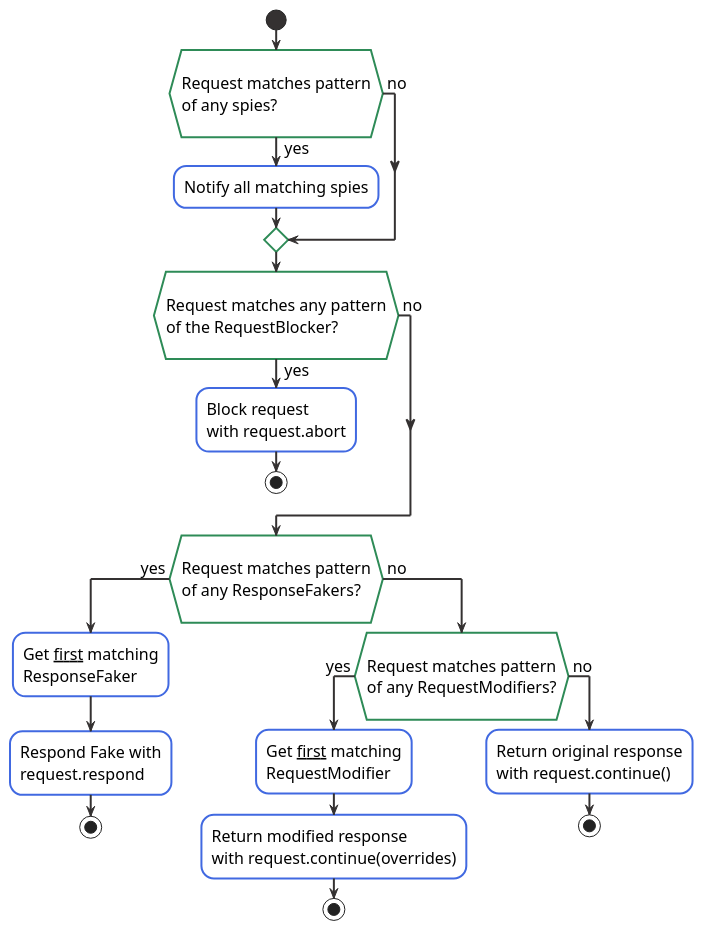
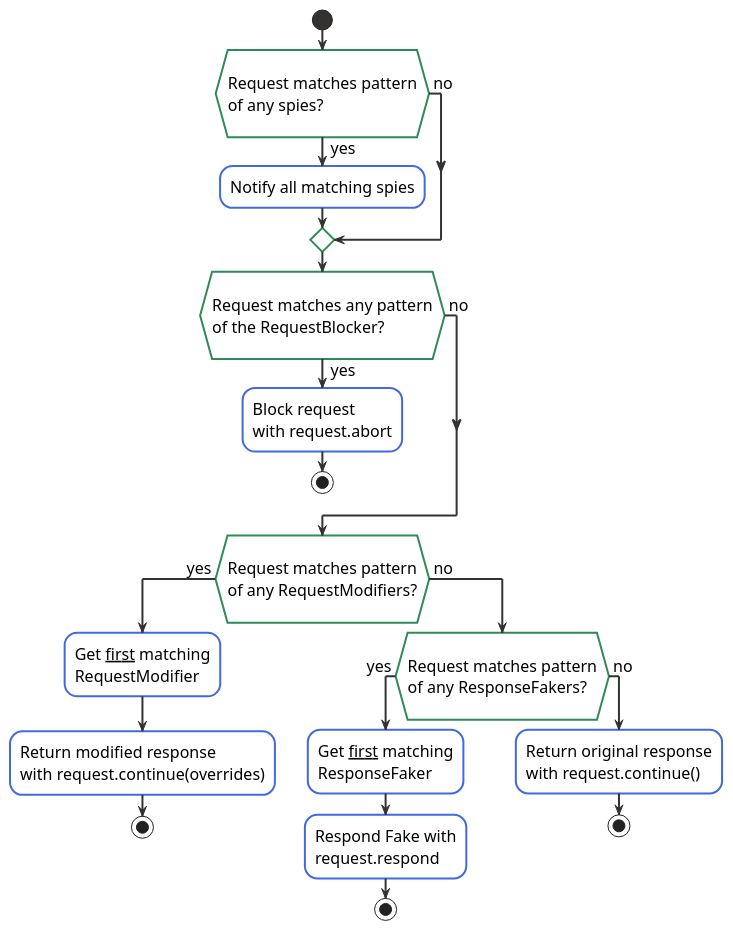
One commit to Tabueeee/puppeteer-request-spy changed the diagram in documentation/activity.iuml. Above: the diagram before and after it, drawn with PlantUML. The commit also changed 16 other files, not shown here.

```diff
--- a/documentation/activity.iuml
+++ b/documentation/activity.iuml
@@ -1,57 +1,60 @@
 @startuml
 skinparam shadowing false
 
 skinparam activity {
    DiamondFontSize 16
    FontSize 16
    BorderThickness 2
 
    FontColor black
    DiamondFontColor black
    BackgroundColor white
    DiamondBackgroundColor white
    BorderColor RoyalBlue
    DiamondBorderColor Seagreen
 
    StartColor 343131
    EndColor 343131
 }
 
 skinparam arrow {
     color 343131
     fontColor black
     FontSize 16
 }
 
 start
 
 if (\nRequest matches pattern\nof any spies?\n) then ( yes )
   :Notify all matching spies;
 else ( no )
 endif
 
 
 if (\nRequest matches any pattern\nof the RequestBlocker?\n) then ( no )
 
 else ( yes )
   :Block request\nwith request.abort;
   stop
 
 endif
 
-if (\nRequest matches pattern\nof any ResponseFakers?\n) then ( yes )
-  :Get __first__ matching\nResponseFaker;
-  :Respond Fake with\nrequest.respond;
-  stop
+
+if (\nRequest matches pattern\nof any RequestModifiers?\n) then ( yes )
+    :Get __first__ matching\nRequestModifier;
+    :Return modified response\nwith request.continue(overrides);
+    stop
 else ( no )
-    if (\nRequest matches pattern\nof any RequestModifiers?\n) then ( yes )
-        :Get __first__ matching\nRequestModifier;
-        :Return modified response\nwith request.continue(overrides);
-        stop
+    if (\nRequest matches pattern\nof any ResponseFakers?\n) then ( yes )
+      :Get __first__ matching\nResponseFaker;
+      :Respond Fake with\nrequest.respond;
+      stop
     else ( no )
-        :Return original response\nwith request.continue();
-        stop
+      :Return original response\nwith request.continue();
+      stop
     endif
 endif
 
+
+
 @enduml
```
